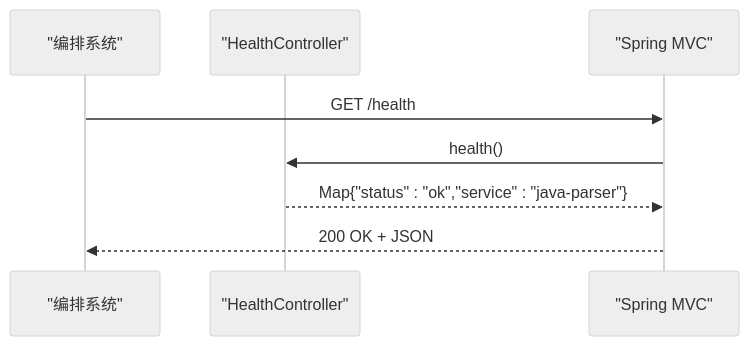
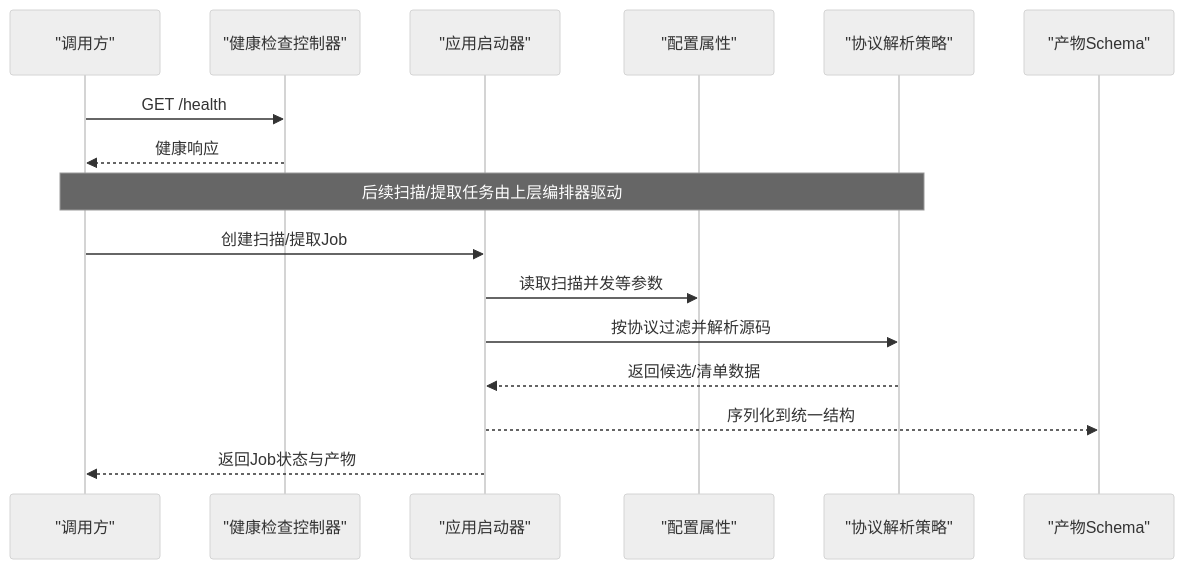
Before and after one commit to Joeyzheng001/LLM-AutoTest: the second of 7 diagrams in .qoder/repowiki/zh/content/核心服务/Java解析器服务.md, drawn with Mermaid (neutral theme). The commit also changed other lines of this file and 186 other files, not shown here.

````diff
--- a/.qoder/repowiki/zh/content/核心服务/Java解析器服务.md
+++ b/.qoder/repowiki/zh/content/核心服务/Java解析器服务.md
@@ -123,10 +107,18 @@
 ```mermaid
 sequenceDiagram
-participant Client as "编排系统"
-participant HC as "HealthController"
-participant App as "Spring MVC"
-Client->>App : GET /health
-App->>HC : health()
-HC-->>App : Map{"status" : "ok","service" : "java-parser"}
-App-->>Client : 200 OK + JSON
+participant Client as "调用方"
+participant Controller as "健康检查控制器"
+participant App as "应用启动器"
+participant Config as "配置属性"
+participant Strategy as "协议解析策略"
+participant Schema as "产物Schema"
+Client->>Controller : GET /health
+Controller-->>Client : 健康响应
+Note over Client,Strategy : 后续扫描/提取任务由上层编排器驱动
+Client->>App : 创建扫描/提取Job
+App->>Config : 读取扫描并发等参数
+App->>Strategy : 按协议过滤并解析源码
+Strategy-->>App : 返回候选/清单数据
+App-->>Schema : 序列化到统一结构
+App-->>Client : 返回Job状态与产物
 ```
````
